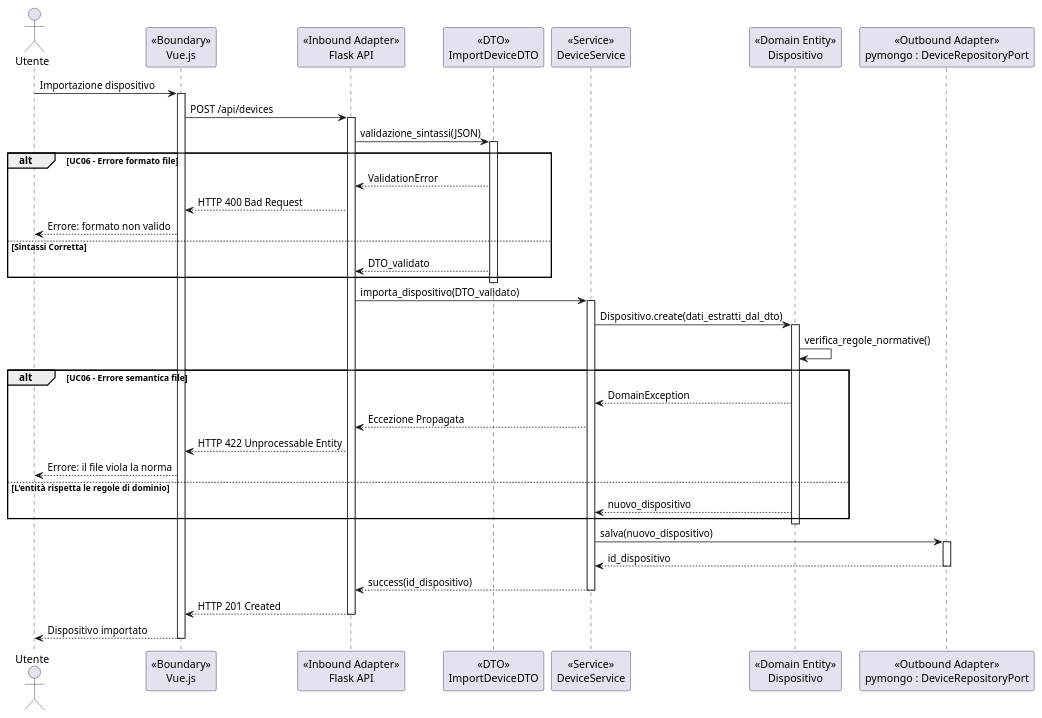
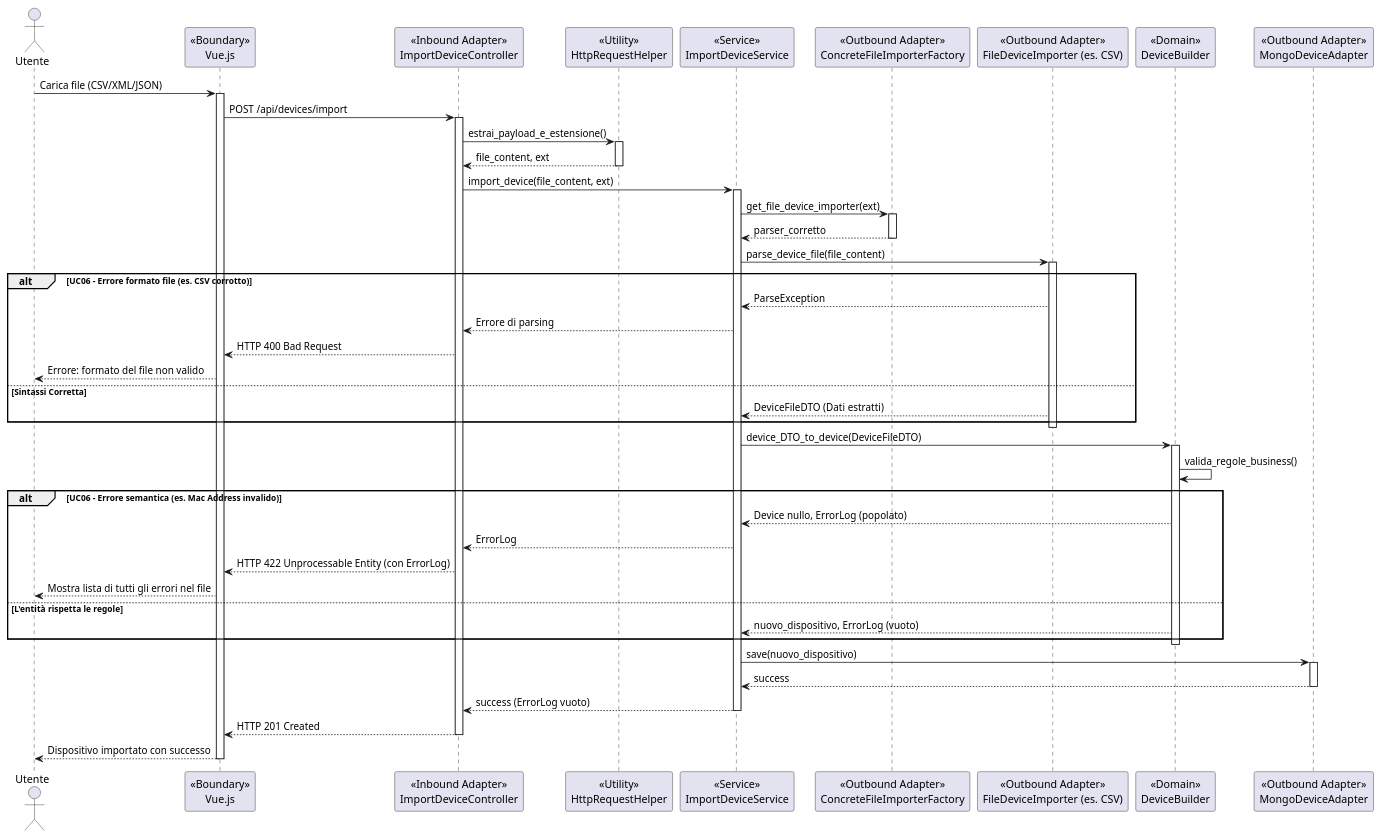
One commit to GroupRubberDuck/Documentazione changed the diagram in src/PB/DocumentazioneEsterna/Specifica_Tecnica/content/uml/puml/Diagrammi_sequenza/Importazione_dispositivo.puml. Above: the diagram before and after it, drawn with PlantUML. The commit also changed 4 other files, not shown here.

Commit message:
aggiornato diagramma di sequenza sulla base di nuovo import device

```diff
--- a/src/PB/DocumentazioneEsterna/Specifica_Tecnica/content/uml/puml/Diagrammi_sequenza/Importazione_dispositivo.puml
+++ b/src/PB/DocumentazioneEsterna/Specifica_Tecnica/content/uml/puml/Diagrammi_sequenza/Importazione_dispositivo.puml
@@ -1,60 +1,72 @@
 @startuml Importazione_dispositivo_uc05_06
 
 actor "Utente" as utente
 participant "<<Boundary>>\nVue.js" as vue
-participant "<<Inbound Adapter>>\nFlask API" as flask
-participant "<<DTO>>\nImportDeviceDTO" as DTO
-participant "<<Service>>\nDeviceService" as service
-participant "<<Domain Entity>>\nDispositivo" as domain
-participant "<<Outbound Adapter>>\npymongo : DeviceRepositoryPort" as repo
+participant "<<Inbound Adapter>>\nImportDeviceController" as controller
+participant "<<Utility>>\nHttpRequestHelper" as helper
+participant "<<Service>>\nImportDeviceService" as service
+participant "<<Outbound Adapter>>\nConcreteFileImporterFactory" as factory
+participant "<<Outbound Adapter>>\nFileDeviceImporter (es. CSV)" as parser
+participant "<<Domain>>\nDeviceBuilder" as builder
+participant "<<Outbound Adapter>>\nMongoDeviceAdapter" as repo
 
-utente -> vue: Importazione dispositivo
+utente -> vue: Carica file (CSV/XML/JSON)
 activate vue
 
-vue -> flask: POST /api/devices
-activate flask
+vue -> controller: POST /api/devices/import
+activate controller
 
-flask -> DTO: validazione_sintassi(JSON)
-activate DTO
+controller -> helper: estrai_payload_e_estensione()
+activate helper
+helper --> controller: file_content, ext
+deactivate helper
 
-alt UC06 - Errore formato file
-    DTO --> flask: ValidationError
-    flask --> vue: HTTP 400 Bad Request
-    vue --> utente: Errore: formato non valido
-else Sintassi Corretta
-    DTO --> flask: DTO_validato
-end
-deactivate DTO
-
-flask -> service: importa_dispositivo(DTO_validato)
+controller -> service: import_device(file_content, ext)
 activate service
 
-service -> domain: Dispositivo.create(dati_estratti_dal_dto)
-activate domain
+service -> factory: get_file_device_importer(ext)
+activate factory
+factory --> service: parser_corretto
+deactivate factory
 
-domain -> domain: verifica_regole_normative()
-alt UC06 - Errore semantica file
-    domain --> service: DomainException
-    service --> flask: Eccezione Propagata
-    flask --> vue: HTTP 422 Unprocessable Entity
-    vue --> utente: Errore: il file viola la norma
-else L'entità rispetta le regole di dominio
-    domain --> service: nuovo_dispositivo
+service -> parser: parse_device_file(file_content)
+activate parser
+alt UC06 - Errore formato file (es. CSV corrotto)
+    parser --> service: ParseException
+    service --> controller: Errore di parsing
+    controller --> vue: HTTP 400 Bad Request
+    vue --> utente: Errore: formato del file non valido
+else Sintassi Corretta
+    parser --> service: DeviceFileDTO (Dati estratti)
 end
-deactivate domain
+deactivate parser
 
-service -> repo: salva(nuovo_dispositivo)
+service -> builder: device_DTO_to_device(DeviceFileDTO)
+activate builder
+builder -> builder: valida_regole_business()
+
+alt UC06 - Errore semantica (es. Mac Address invalido)
+    builder --> service: Device nullo, ErrorLog (popolato)
+    service --> controller: ErrorLog
+    controller --> vue: HTTP 422 Unprocessable Entity (con ErrorLog)
+    vue --> utente: Mostra lista di tutti gli errori nel file
+else L'entità rispetta le regole
+    builder --> service: nuovo_dispositivo, ErrorLog (vuoto)
+end
+deactivate builder
+
+service -> repo: save(nuovo_dispositivo)
 activate repo
-repo --> service: id_dispositivo
+repo --> service: success
 deactivate repo
 
-service --> flask: success(id_dispositivo)
+service --> controller: success (ErrorLog vuoto)
 deactivate service
 
-flask --> vue: HTTP 201 Created
-deactivate flask
+controller --> vue: HTTP 201 Created
+deactivate controller
 
-vue --> utente: Dispositivo importato
+vue --> utente: Dispositivo importato con successo
 deactivate vue
 
 @enduml
```
